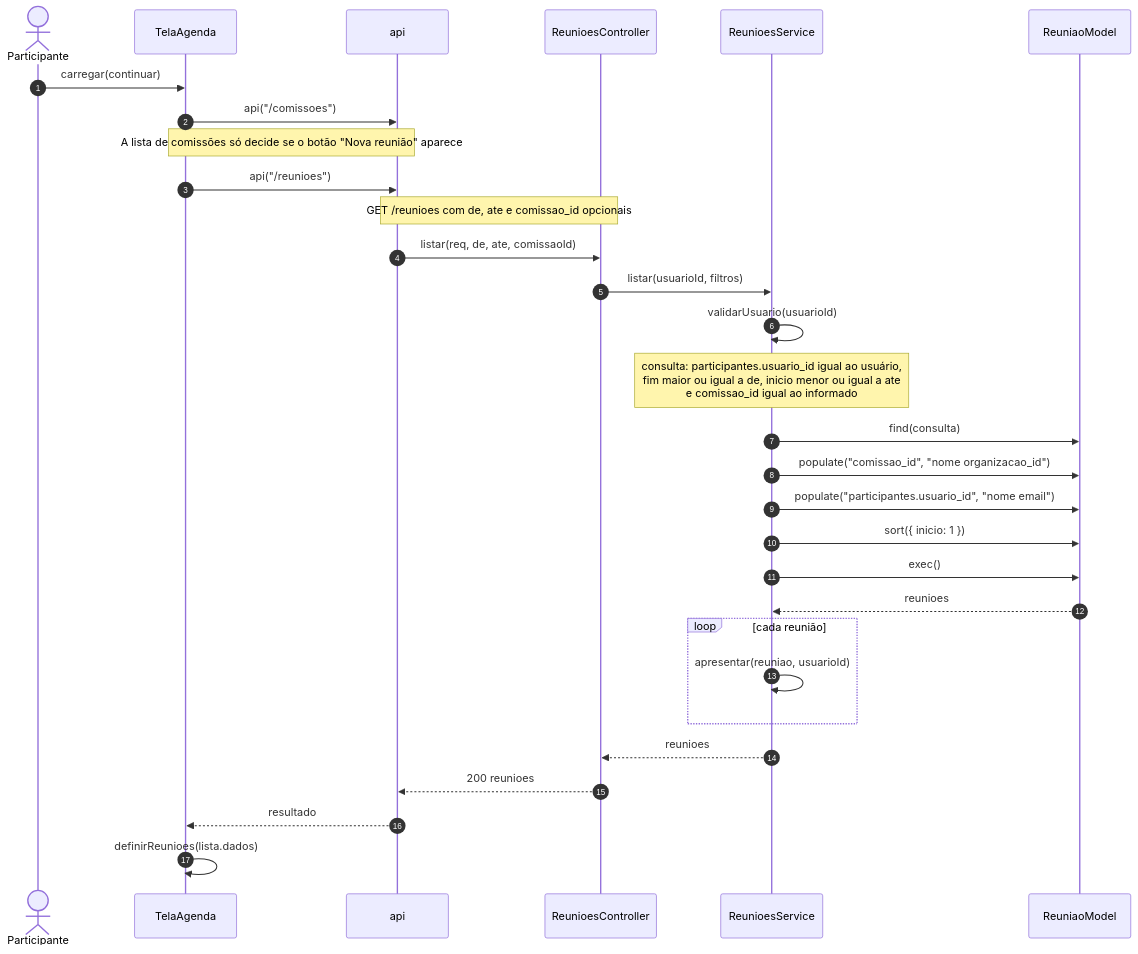
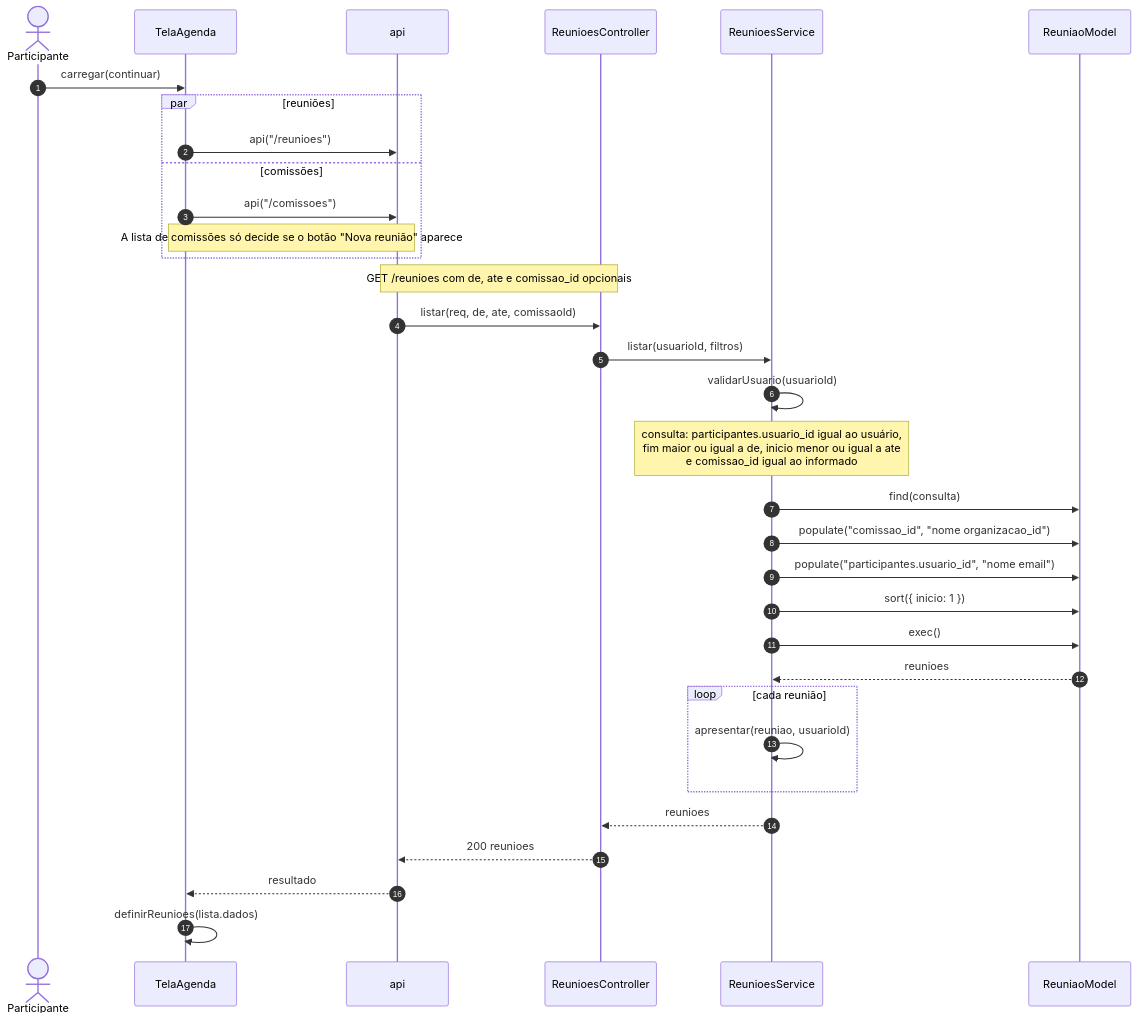
Before and after one commit to Conecta-IFSP/DOCUMENTATION: the second of 21 diagrams in 3 - Incremento2/reunioes/6 - diagramas-sequencia-reunioes.md, drawn with Mermaid. The commit also changed other lines of this file and 7 other files, not shown here.

````diff
--- a/3 - Incremento2/reunioes/6 - diagramas-sequencia-reunioes.md
+++ b/3 - Incremento2/reunioes/6 - diagramas-sequencia-reunioes.md
@@ -62,32 +62,35 @@
 ```mermaid
 sequenceDiagram
     autonumber
     actor U as Participante
     participant T as TelaAgenda
     participant A as api
     participant C as ReunioesController
     participant S as ReunioesService
     participant M as ReuniaoModel
     U->>T: carregar(continuar)
-    T->>A: api("/comissoes")
-    Note over T,A: A lista de comissões só decide se o botão "Nova reunião" aparece
-    T->>A: api("/reunioes")
+    par reuniões
+        T->>A: api("/reunioes")
+    and comissões
+        T->>A: api("/comissoes")
+        Note over T,A: A lista de comissões só decide se o botão "Nova reunião" aparece
+    end
     Note over A,C: GET /reunioes com de, ate e comissao_id opcionais
     A->>C: listar(req, de, ate, comissaoId)
     C->>S: listar(usuarioId, filtros)
     S->>S: validarUsuario(usuarioId)
     Note over S: consulta: participantes.usuario_id igual ao usuário,<br/>fim maior ou igual a de, inicio menor ou igual a ate<br/>e comissao_id igual ao informado
     S->>M: find(consulta)
     S->>M: populate("comissao_id", "nome organizacao_id")
     S->>M: populate("participantes.usuario_id", "nome email")
     S->>M: sort({ inicio: 1 })
     S->>M: exec()
     M-->>S: reunioes
     loop cada reunião
         S->>S: apresentar(reuniao, usuarioId)
     end
     S-->>C: reunioes
     C-->>A: 200 reunioes
     A-->>T: resultado
     T->>T: definirReunioes(lista.dados)
 ```
````
